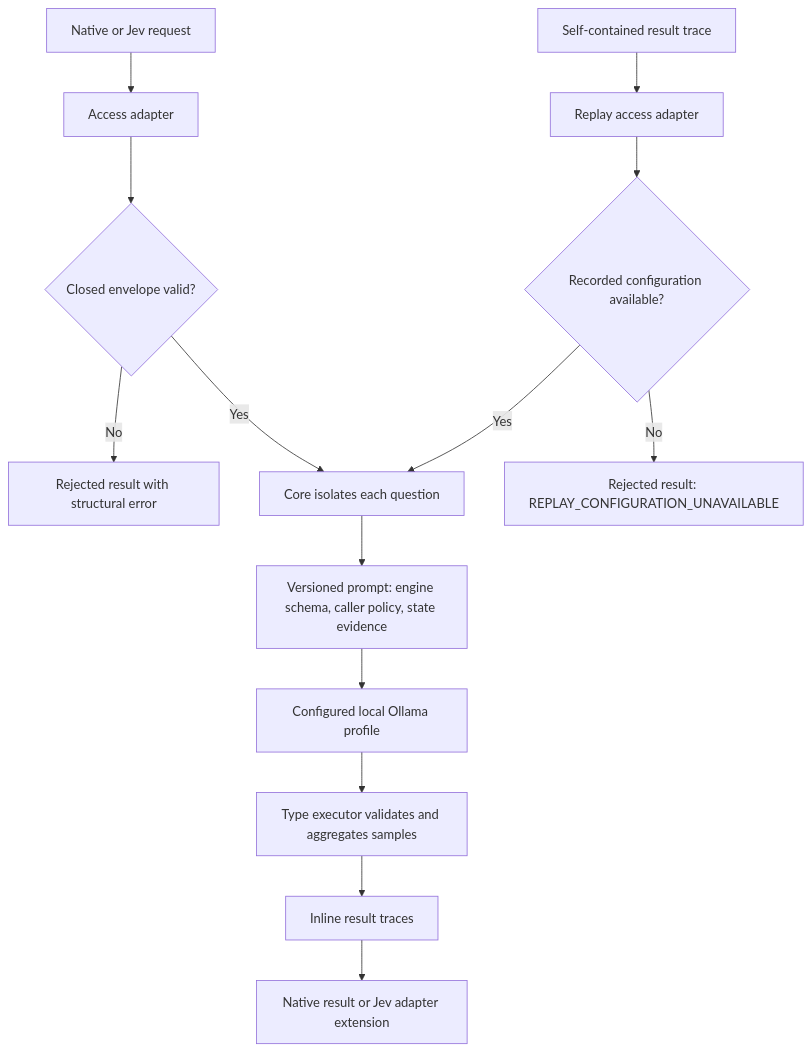
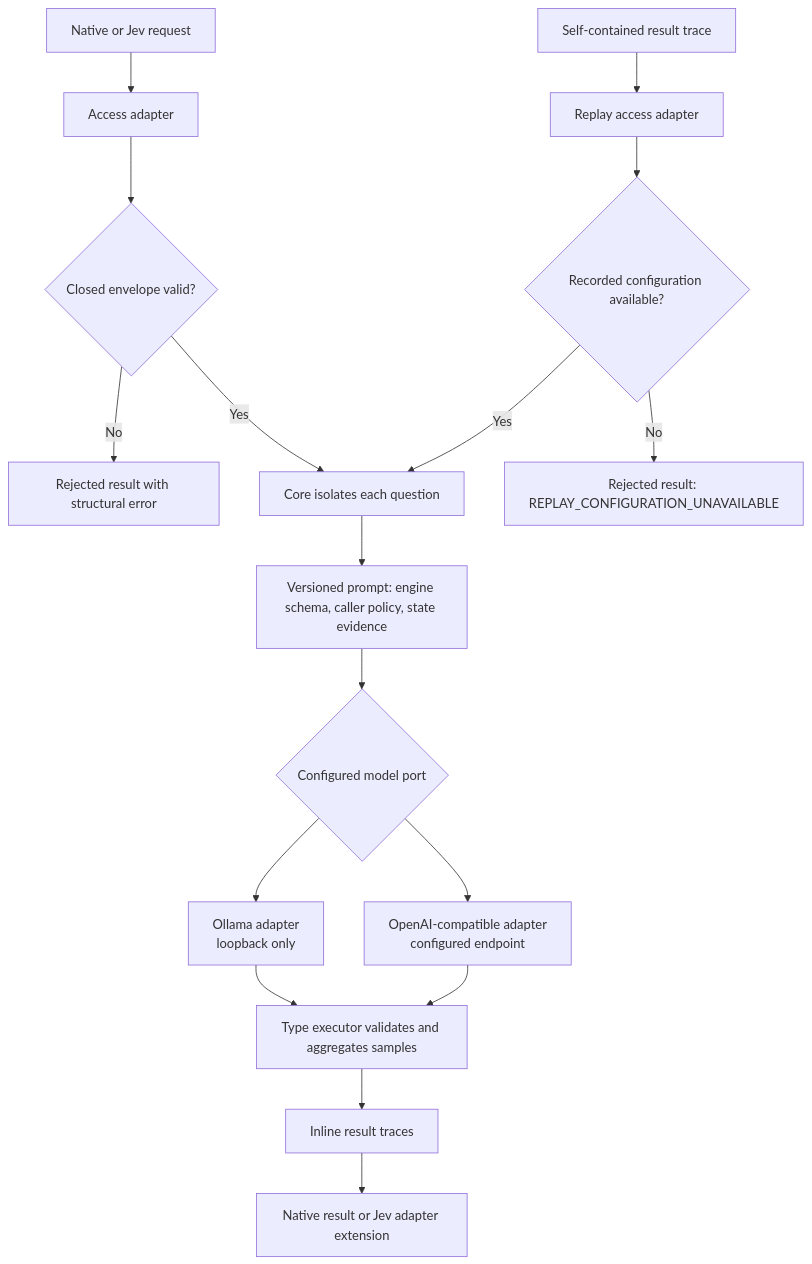
The diagram in docs/system_flow.md (alanfong93/local-judge), drawn with Mermaid before and after one commit. The commit also changed 11 other files, not shown here.

First line of the commit message:
feat: add an OpenAI-compatible inference endpoint adapter (#38)

````diff
--- a/docs/system_flow.md
+++ b/docs/system_flow.md
@@ -3,16 +3,19 @@
 ```mermaid
 flowchart TD
     R["Native or Jev request"] --> A["Access adapter"]
     A --> V{"Closed envelope valid?"}
     V -- No --> RJ["Rejected result with structural error"]
     V -- Yes --> Q["Core isolates each question"]
     Q --> P["Versioned prompt: engine schema, caller policy, state evidence"]
-    P --> O["Configured local Ollama profile"]
+    P --> B{"Configured model port"}
+    B --> O["Ollama adapter<br>loopback only"]
+    B --> E["OpenAI-compatible adapter<br>configured endpoint"]
     O --> T["Type executor validates and aggregates samples"]
+    E --> T
     T --> TR["Inline result traces"]
     TR --> N["Native result or Jev adapter extension"]
     X["Self-contained result trace"] --> RP["Replay access adapter"]
     RP --> C{"Recorded configuration available?"}
     C -- No --> RC["Rejected result: REPLAY_CONFIGURATION_UNAVAILABLE"]
     C -- Yes --> Q
 ```
````
